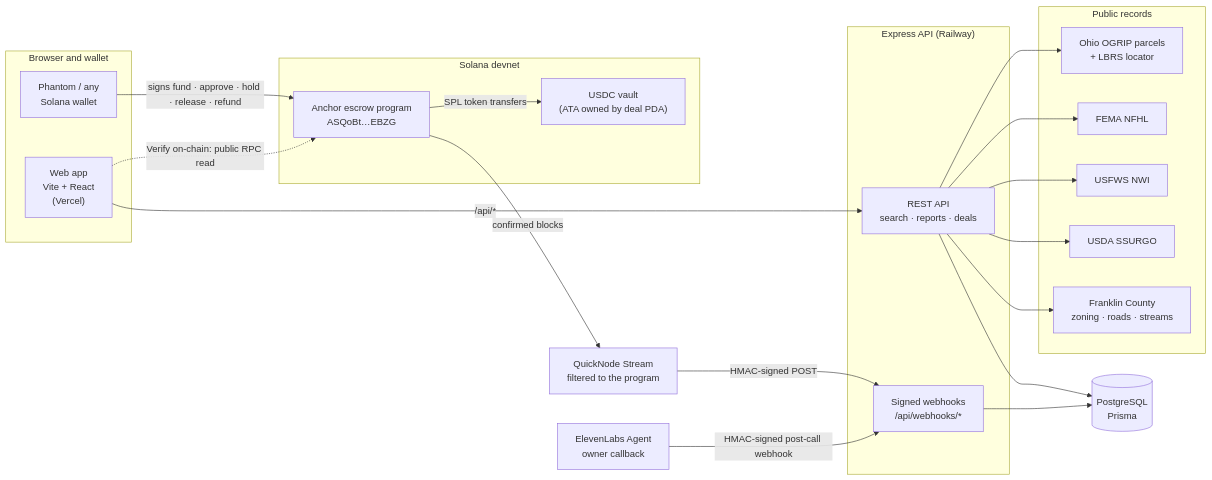
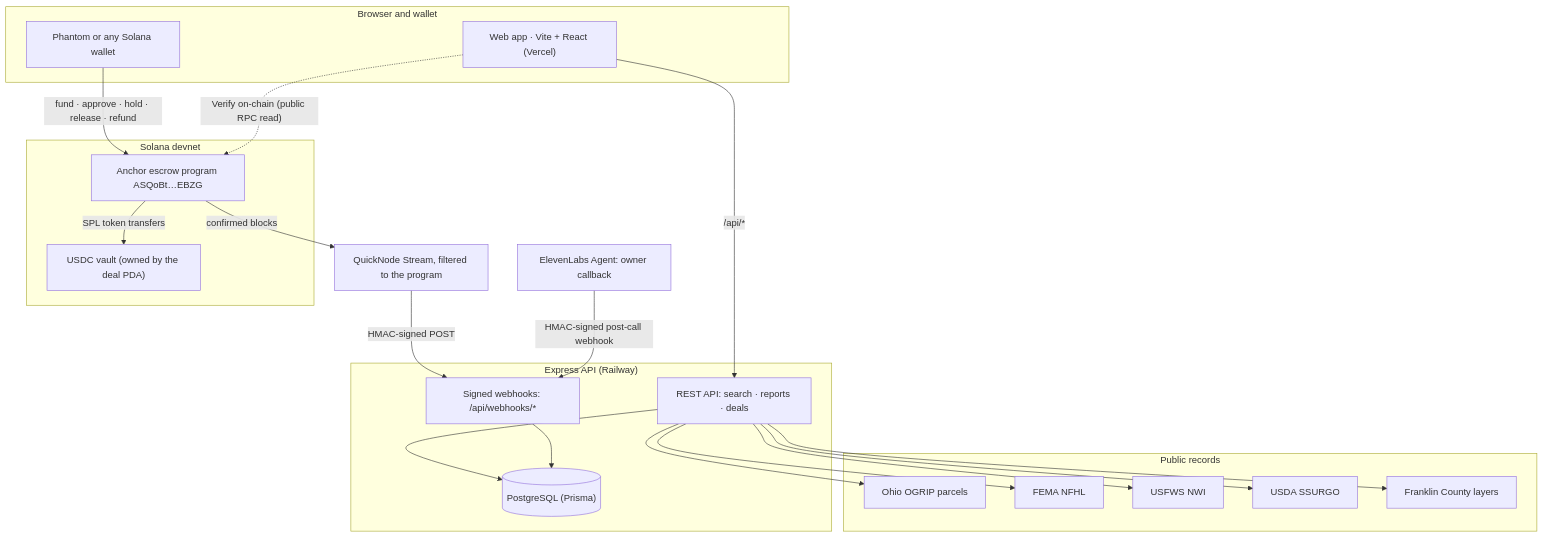
The diagram in README.md (hudakjoseph28/GroundTruth), drawn with Mermaid before and after one commit.

Commit message:
README: top-down architecture diagram so it reads at GitHub width

````diff
--- a/README.md
+++ b/README.md
@@ -56,40 +56,40 @@
 ```mermaid
-flowchart LR
+flowchart TB
   subgraph Client["Browser and wallet"]
-    W["Web app<br/>Vite + React<br/>(Vercel)"]
-    P["Phantom / any<br/>Solana wallet"]
+    W["Web app · Vite + React (Vercel)"]
+    P["Phantom or any Solana wallet"]
   end
 
   subgraph Server["Express API (Railway)"]
-    A["REST API<br/>search · reports · deals"]
-    WH["Signed webhooks<br/>/api/webhooks/*"]
+    A["REST API: search · reports · deals"]
+    WH["Signed webhooks: /api/webhooks/*"]
+    DB[("PostgreSQL (Prisma)")]
   end
-  DB[("PostgreSQL<br/>Prisma")]
 
   subgraph Records["Public records"]
-    O["Ohio OGRIP parcels<br/>+ LBRS locator"]
+    O["Ohio OGRIP parcels"]
     F["FEMA NFHL"]
     N["USFWS NWI"]
     S["USDA SSURGO"]
-    C["Franklin County<br/>zoning · roads · streams"]
+    C["Franklin County layers"]
   end
 
   subgraph Solana["Solana devnet"]
-    E["Anchor escrow program<br/>ASQoBt…EBZG"]
-    V["USDC vault<br/>(ATA owned by deal PDA)"]
+    E["Anchor escrow program ASQoBt…EBZG"]
+    V["USDC vault (owned by the deal PDA)"]
   end
 
-  QN["QuickNode Stream<br/>filtered to the program"]
-  EL["ElevenLabs Agent<br/>owner callback"]
+  QN["QuickNode Stream, filtered to the program"]
+  EL["ElevenLabs Agent: owner callback"]
 
   W -- "/api/*" --> A
   A --> DB
   WH --> DB
   A --> O & F & N & S & C
-  P -- "signs fund · approve · hold · release · refund" --> E
+  P -- "fund · approve · hold · release · refund" --> E
   E -- "SPL token transfers" --> V
-  W -. "Verify on-chain: public RPC read" .-> E
+  W -. "Verify on-chain (public RPC read)" .-> E
   E -- "confirmed blocks" --> QN
   QN -- "HMAC-signed POST" --> WH
   EL -- "HMAC-signed post-call webhook" --> WH
 ```
````
